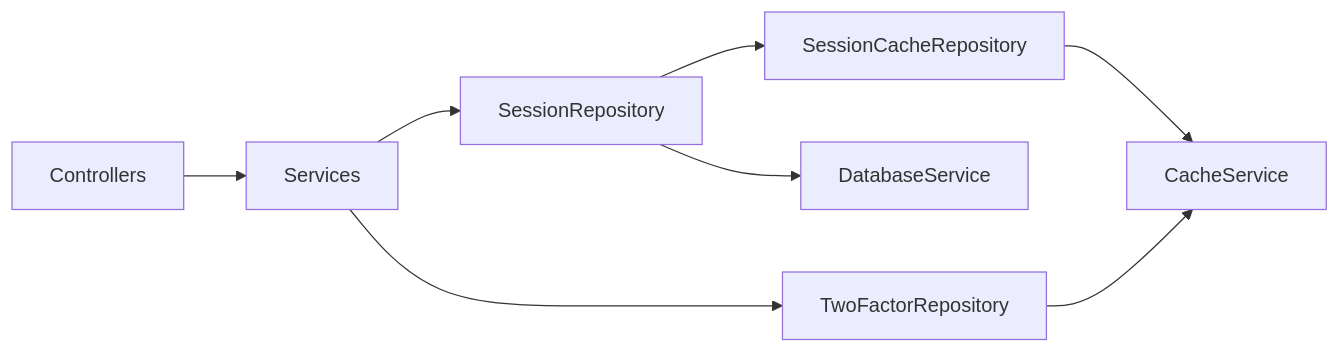
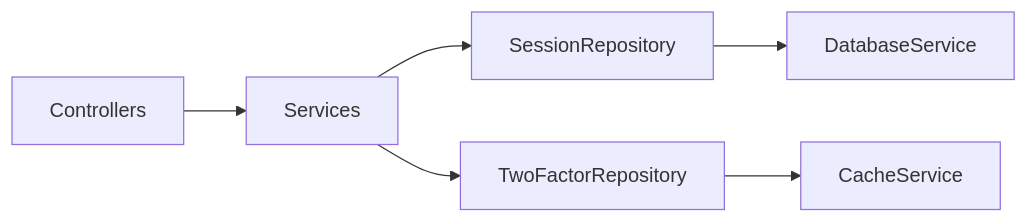
Before and after one commit to ross2p/mindlet-auth: the diagram in docs/architecture.md, drawn with Mermaid. The commit also changed other lines of this file and 28 other files, not shown here.

````diff
--- a/docs/architecture.md
+++ b/docs/architecture.md
@@ -60,10 +55,8 @@
 ```mermaid
 flowchart LR
     Controllers --> Services
     Services --> SR[SessionRepository]
     Services --> TFR[TwoFactorRepository]
     SR --> DatabaseService
-    SR --> SCR[SessionCacheRepository]
-    SCR --> CacheService
     TFR --> CacheService
 ```
````
